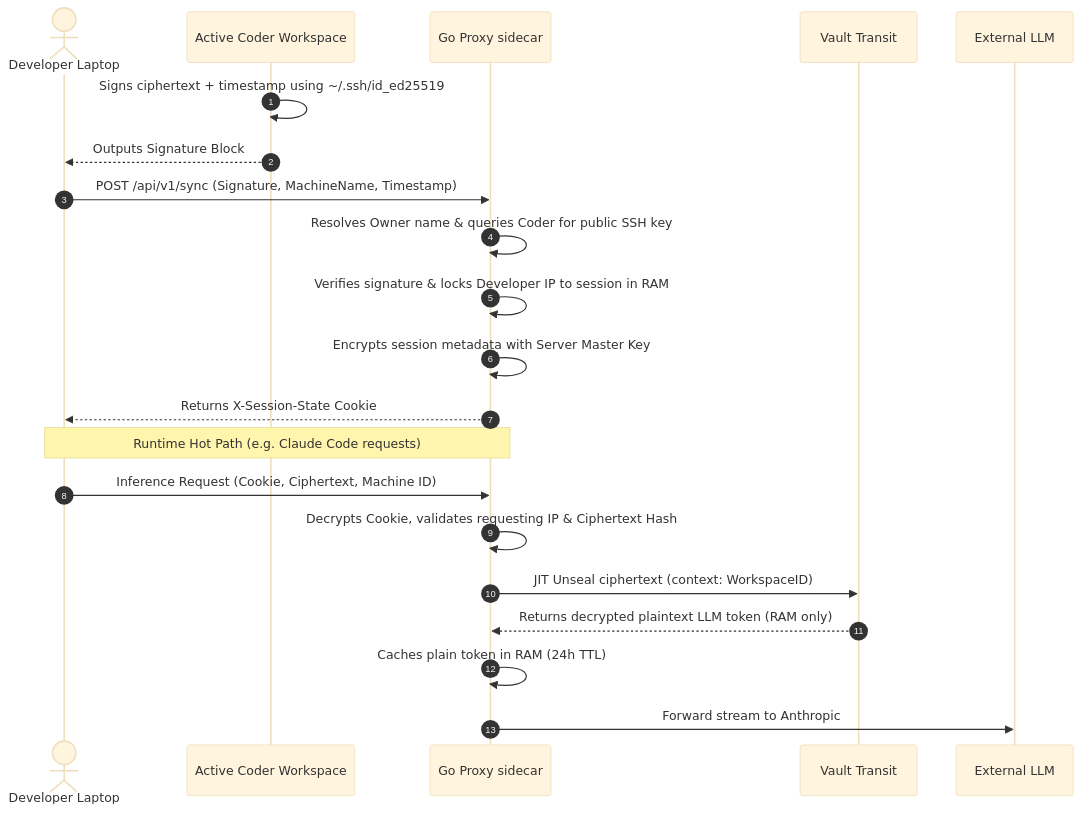
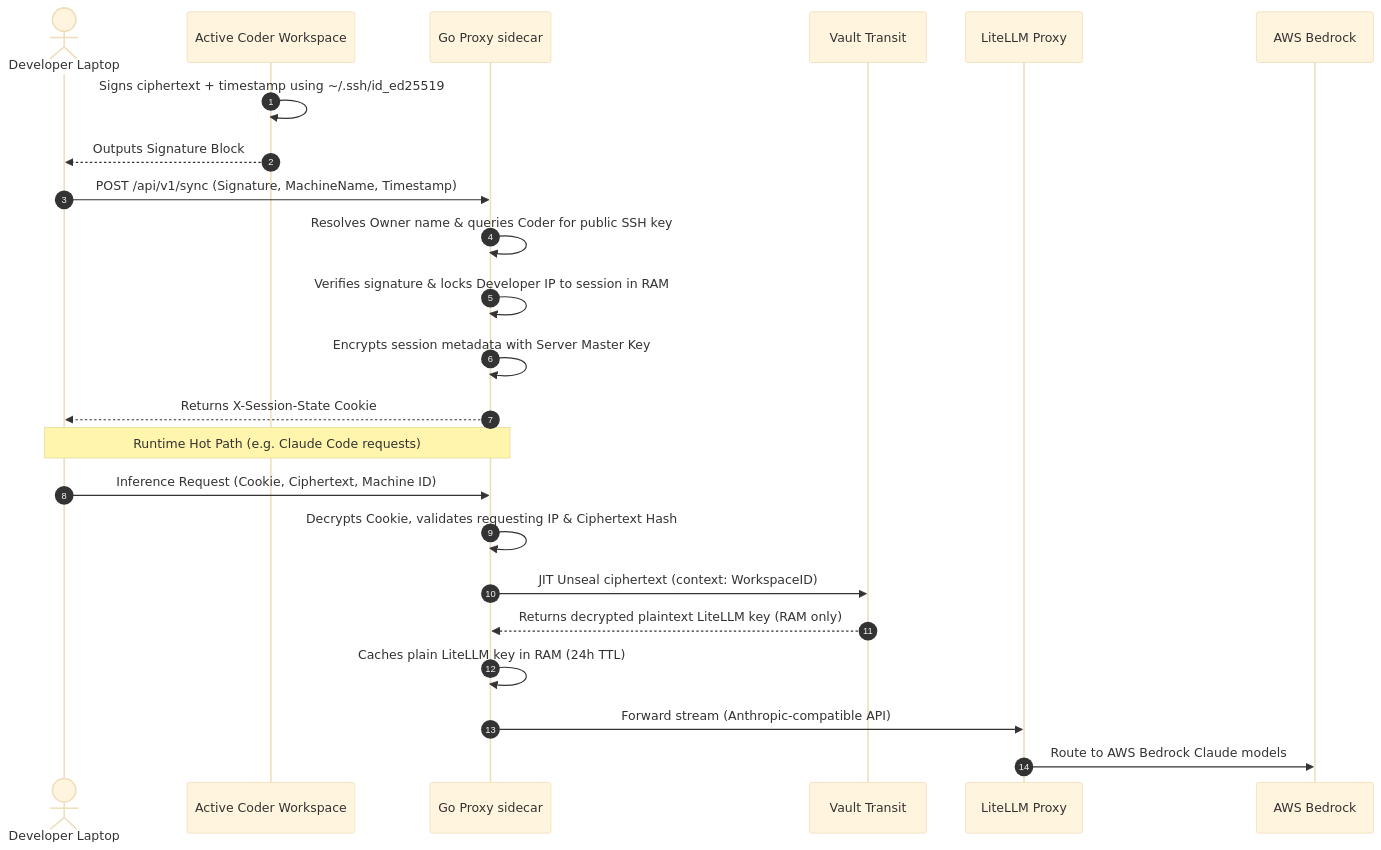
The third of 3 diagrams in security.md (IshentRas/test), drawn with Mermaid (base theme) before and after one commit. The commit also changed other lines of this file and 2 other files, not shown here.

First line of the commit message:
Clarify LLM routing as LiteLLM proxy to AWS Bedrock.

````diff
--- a/security.md
+++ b/security.md
@@ -123,24 +130,27 @@
 ```mermaid
 sequenceDiagram
     autonumber
     actor Developer as Developer Laptop
     participant WS as Active Coder Workspace
     participant Proxy as Go Proxy sidecar
     participant Vault as Vault Transit
+    participant LiteLLM as LiteLLM Proxy
+    participant Bedrock as AWS Bedrock
 
     WS->>WS: Signs ciphertext + timestamp using ~/.ssh/id_ed25519
     WS-->>Developer: Outputs Signature Block
     Developer->>Proxy: POST /api/v1/sync (Signature, MachineName, Timestamp)
     Proxy->>Proxy: Resolves Owner name & queries Coder for public SSH key
     Proxy->>Proxy: Verifies signature & locks Developer IP to session in RAM
     Proxy->>Proxy: Encrypts session metadata with Server Master Key
     Proxy-->>Developer: Returns X-Session-State Cookie
     
     Note over Developer, Proxy: Runtime Hot Path (e.g. Claude Code requests)
     Developer->>Proxy: Inference Request (Cookie, Ciphertext, Machine ID)
     Proxy->>Proxy: Decrypts Cookie, validates requesting IP & Ciphertext Hash
     Proxy->>Vault: JIT Unseal ciphertext (context: WorkspaceID)
-    Vault-->>Proxy: Returns decrypted plaintext LLM token (RAM only)
-    Proxy->>Proxy: Caches plain token in RAM (24h TTL)
-    Proxy->>External LLM: Forward stream to Anthropic
+    Vault-->>Proxy: Returns decrypted plaintext LiteLLM key (RAM only)
+    Proxy->>Proxy: Caches plain LiteLLM key in RAM (24h TTL)
+    Proxy->>LiteLLM: Forward stream (Anthropic-compatible API)
+    LiteLLM->>Bedrock: Route to AWS Bedrock Claude models
 ```
````
